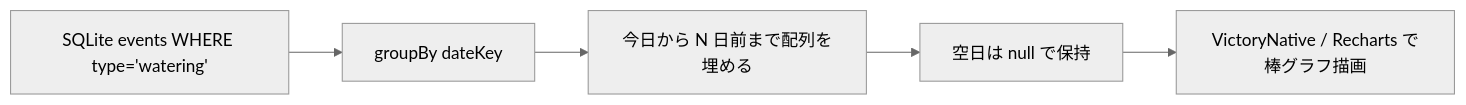
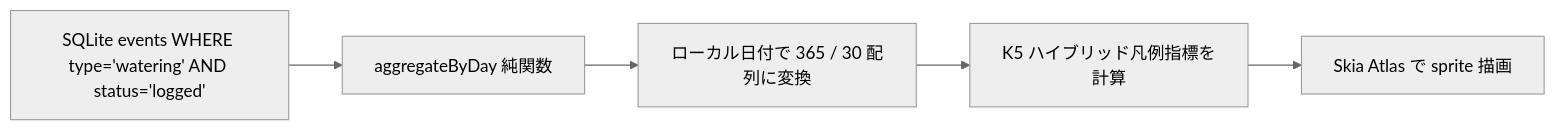
One commit to doooooraku/BonsaiLog changed the third of 18 diagrams in docs/reference/functional_spec.md. Above: the diagram before and after it, drawn with Mermaid (neutral theme). The commit also changed other lines of this file and 11 other files, not shown here.

````diff
--- a/docs/reference/functional_spec.md
+++ b/docs/reference/functional_spec.md
@@ -665,7 +678,7 @@
 ```mermaid
 graph LR
-  A[SQLite events WHERE type='watering'] --> B[groupBy dateKey]
-  B --> C[今日から N 日前まで配列を埋める]
-  C --> D[空日は null で保持]
-  D --> E[VictoryNative / Recharts で棒グラフ描画]
+  A[SQLite events WHERE type='watering' AND status='logged'] --> B[aggregateByDay 純関数]
+  B --> C[ローカル日付で 365 / 30 配列に変換]
+  C --> D[K5 ハイブリッド凡例指標を計算]
+  D --> E[Skia Atlas で sprite 描画]
 ```
````
